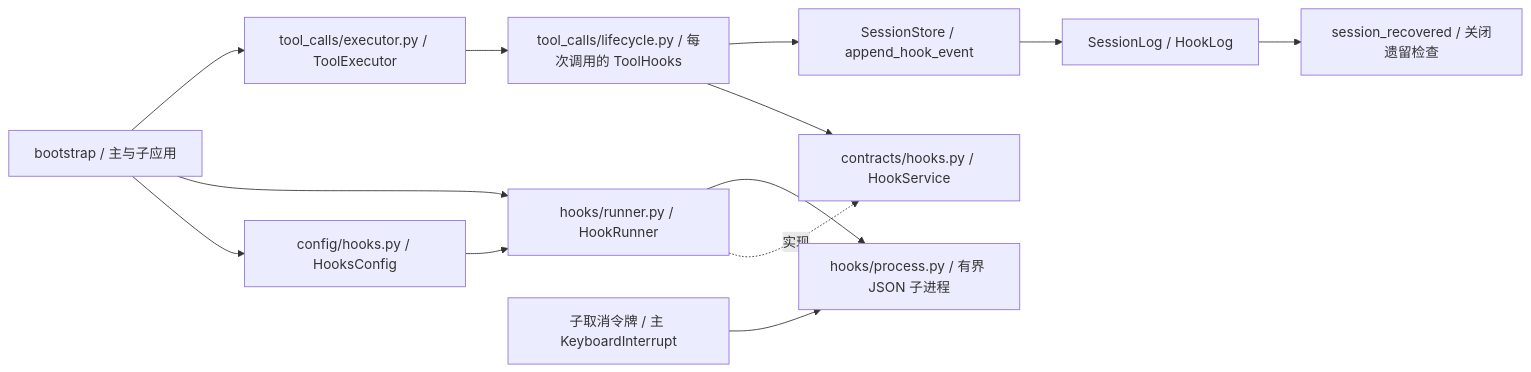
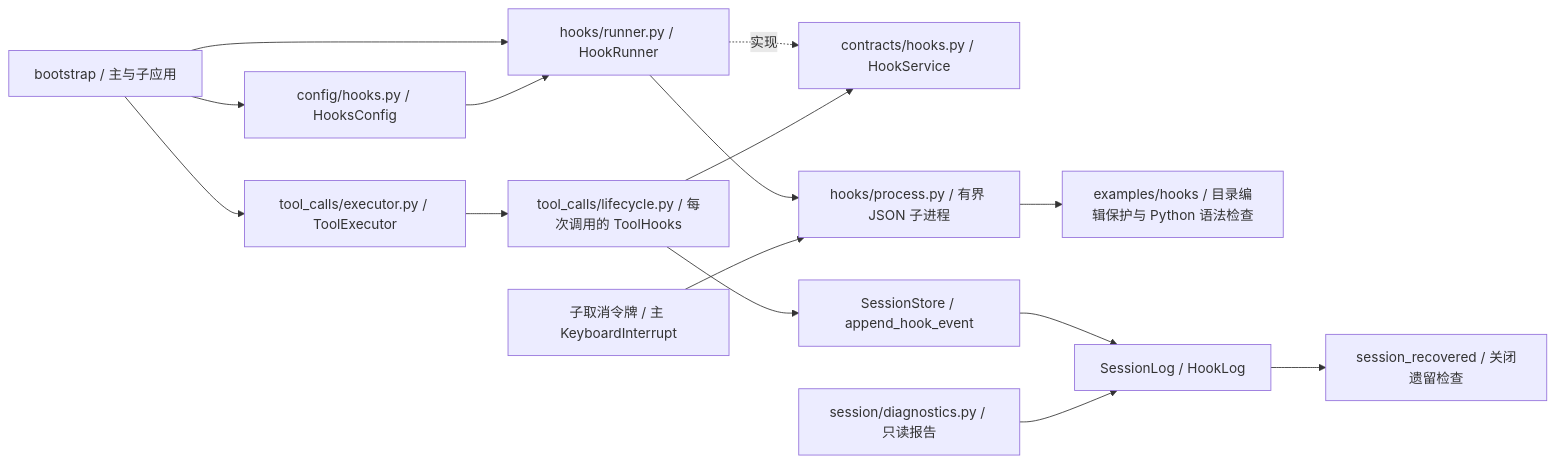
Before and after one commit to Plvltra/AdamAgent: the first of 18 diagrams in docs/architecture.md, drawn with Mermaid. The commit also changed other lines of this file and 13 other files, not shown here.

```diff
--- a/docs/architecture.md
+++ b/docs/architecture.md
@@ -13,15 +13,17 @@
 ~~~mermaid
 flowchart LR
     HOOK_BOOT["bootstrap / 主与子应用"] --> HOOK_CONFIG["config/hooks.py / HooksConfig"]
     HOOK_BOOT --> HOOK_RUNNER["hooks/runner.py / HookRunner"]
     HOOK_CONFIG --> HOOK_RUNNER
     HOOK_RUNNER -.实现.-> HOOK_PORT["contracts/hooks.py / HookService"]
     HOOK_BOOT --> HOOK_EXEC["tool_calls/executor.py / ToolExecutor"]
     HOOK_EXEC --> HOOK_COORD["tool_calls/lifecycle.py / 每次调用的 ToolHooks"]
     HOOK_COORD --> HOOK_PORT
     HOOK_RUNNER --> HOOK_PROCESS["hooks/process.py / 有界 JSON 子进程"]
+    HOOK_PROCESS --> HOOK_EXAMPLES["examples/hooks / 目录编辑保护与 Python 语法检查"]
     HOOK_CANCEL["子取消令牌 / 主 KeyboardInterrupt"] --> HOOK_PROCESS
     HOOK_COORD --> HOOK_STORE["SessionStore / append_hook_event"]
     HOOK_STORE --> HOOK_LOG["SessionLog / HookLog"]
     HOOK_LOG --> HOOK_RECOVER["session_recovered / 关闭遗留检查"]
+    HOOK_DIAG["session/diagnostics.py / 只读报告"] --> HOOK_LOG
 ~~~
```
